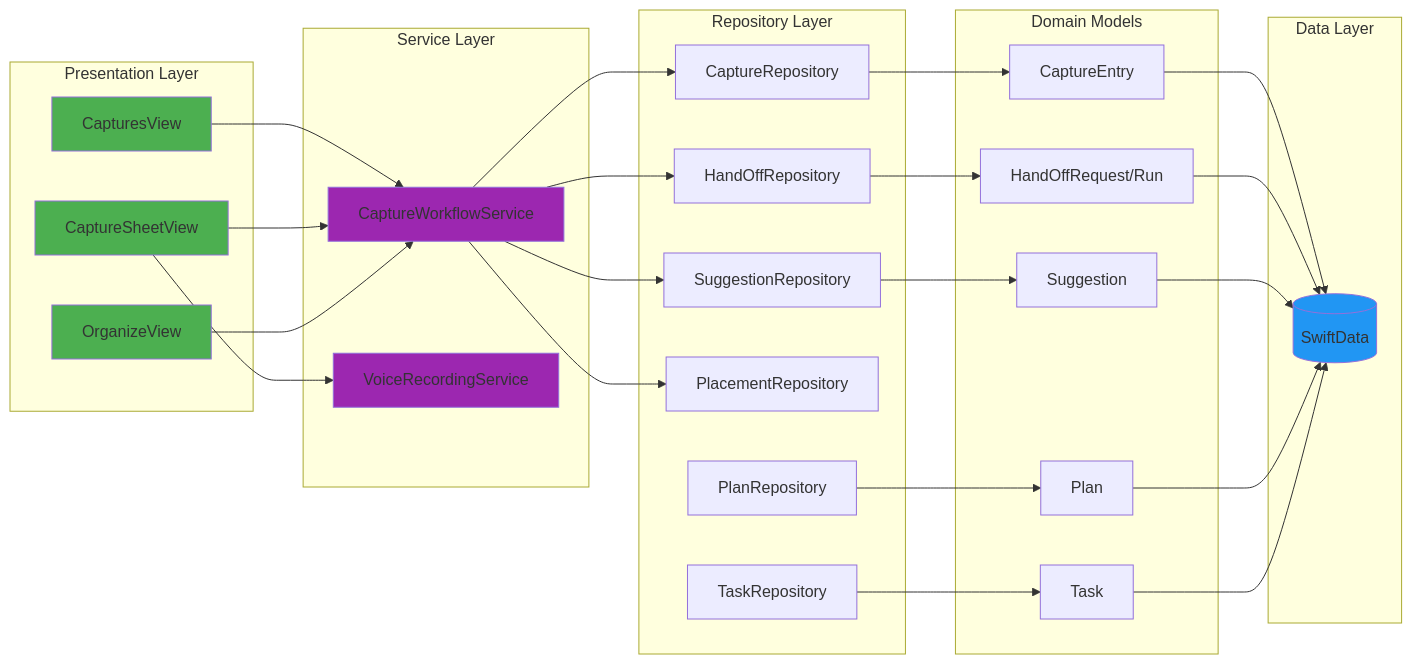
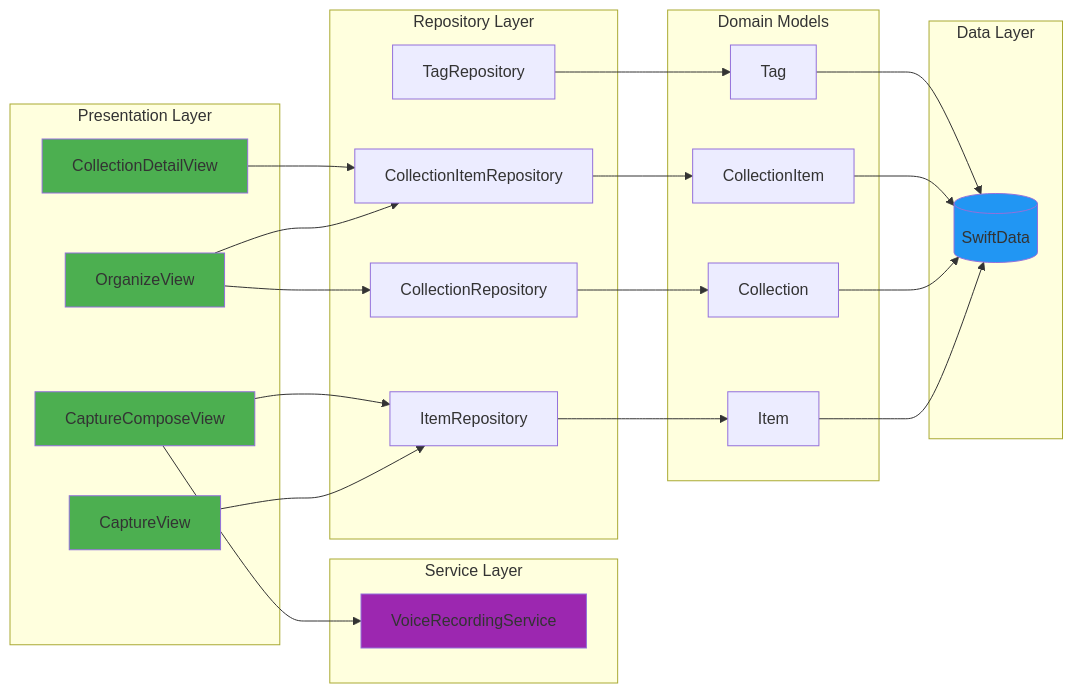
Before and after one commit to Will-Conklin/offload: the second of 4 diagrams in README.md, drawn with Mermaid. The commit also changed other lines of this file and 87 other files, not shown here.

First line of the commit message:
UI overhaul: flat design + capture/organize enhancements (#84)

````diff
--- a/README.md
+++ b/README.md
@@ -147,63 +143,55 @@
 ```mermaid
 graph LR
     subgraph "Presentation Layer"
-        CAPTURES[CapturesView]
-        CAPTURE[CaptureSheetView]
+        CAPTURES[CaptureView]
+        CAPTURE[CaptureComposeView]
         ORGANIZE[OrganizeView]
+        COLLECTION[CollectionDetailView]
     end
 
     subgraph "Service Layer"
-        WORKFLOW[CaptureWorkflowService]
         VOICE[VoiceRecordingService]
     end
 
     subgraph "Repository Layer"
-        CREPO[CaptureRepository]
-        HOREPO[HandOffRepository]
-        SUGREPO[SuggestionRepository]
-        PREPO[PlacementRepository]
-        PLANREPO[PlanRepository]
-        TREPO[TaskRepository]
+        IREPO[ItemRepository]
+        CREPO[CollectionRepository]
+        CIREPO[CollectionItemRepository]
+        TREPO[TagRepository]
     end
 
     subgraph "Domain Models"
-        CAP[CaptureEntry]
-        HO[HandOffRequest/Run]
-        SUG[Suggestion]
-        PLAN[Plan]
-        TASK[Task]
+        ITEM[Item]
+        COLLECTIONM[Collection]
+        COLITEM[CollectionItem]
+        TAG[Tag]
     end
 
     subgraph "Data Layer"
         SWIFTDATA[(SwiftData)]
     end
 
-    CAPTURES --> WORKFLOW
-    CAPTURE --> WORKFLOW
+    CAPTURES --> IREPO
+    CAPTURE --> IREPO
+    ORGANIZE --> CREPO
+    ORGANIZE --> CIREPO
+    COLLECTION --> CIREPO
     CAPTURE --> VOICE
-    ORGANIZE --> WORKFLOW
 
-    WORKFLOW --> CREPO
-    WORKFLOW --> HOREPO
-    WORKFLOW --> SUGREPO
-    WORKFLOW --> PREPO
+    IREPO --> ITEM
+    CREPO --> COLLECTIONM
+    CIREPO --> COLITEM
+    TREPO --> TAG
 
-    CREPO --> CAP
-    HOREPO --> HO
-    SUGREPO --> SUG
-    PLANREPO --> PLAN
-    TREPO --> TASK
-
-    CAP --> SWIFTDATA
-    HO --> SWIFTDATA
-    SUG --> SWIFTDATA
-    PLAN --> SWIFTDATA
-    TASK --> SWIFTDATA
+    ITEM --> SWIFTDATA
+    COLLECTIONM --> SWIFTDATA
+    COLITEM --> SWIFTDATA
+    TAG --> SWIFTDATA
 
     style CAPTURES fill:#4CAF50
     style CAPTURE fill:#4CAF50
     style ORGANIZE fill:#4CAF50
-    style WORKFLOW fill:#9C27B0
+    style COLLECTION fill:#4CAF50
     style VOICE fill:#9C27B0
     style SWIFTDATA fill:#2196F3
 ```
````
